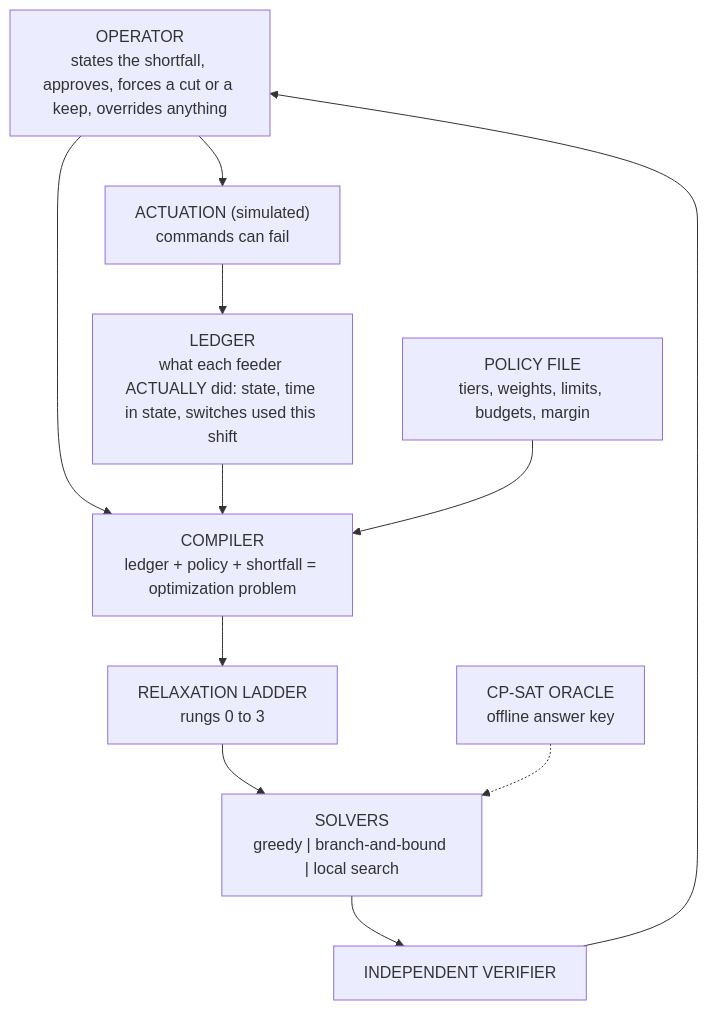
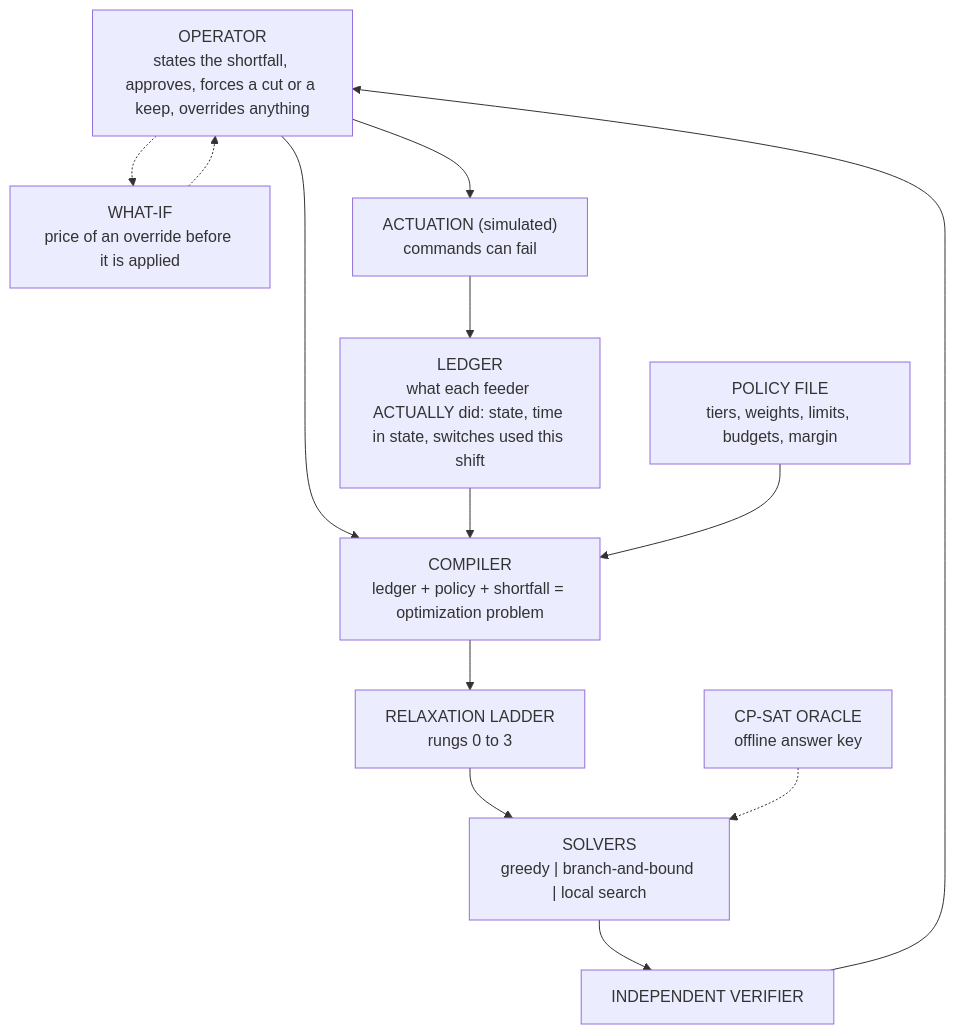
Before and after one commit to realastronics/UrjaNiyam: the diagram in docs/guide.md, drawn with Mermaid. The commit also changed other lines of this file, not shown here.

````diff
--- a/docs/guide.md
+++ b/docs/guide.md
@@ -220,22 +227,25 @@
 ```mermaid
 flowchart TD
     OP["OPERATOR<br/>states the shortfall, approves, forces a cut or a keep, overrides anything"]
     LD["LEDGER<br/>what each feeder ACTUALLY did: state, time in state, switches used this shift"]
     PL["POLICY FILE<br/>tiers, weights, limits, budgets, margin"]
     CP["COMPILER<br/>ledger + policy + shortfall = optimization problem"]
     LAD["RELAXATION LADDER<br/>rungs 0 to 3"]
     SOL["SOLVERS<br/>greedy | branch-and-bound | local search"]
     VER["INDEPENDENT VERIFIER"]
+    WI["WHAT-IF<br/>price of an override before it is applied"]
     ACT["ACTUATION (simulated)<br/>commands can fail"]
     OR["CP-SAT ORACLE<br/>offline answer key"]
     OP --> CP
     LD --> CP
     PL --> CP
     CP --> LAD
     LAD --> SOL
     SOL --> VER
     VER --> OP
+    OP -.-> WI
+    WI -.-> OP
     OP --> ACT
     ACT --> LD
     OR -.-> SOL
 ```
````
